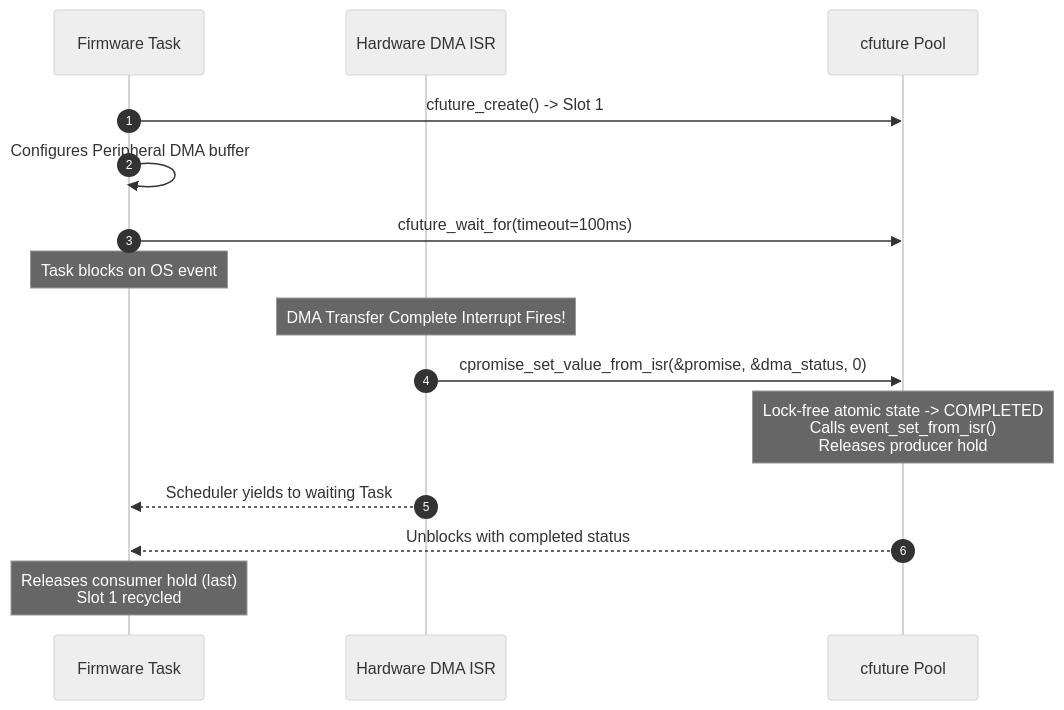
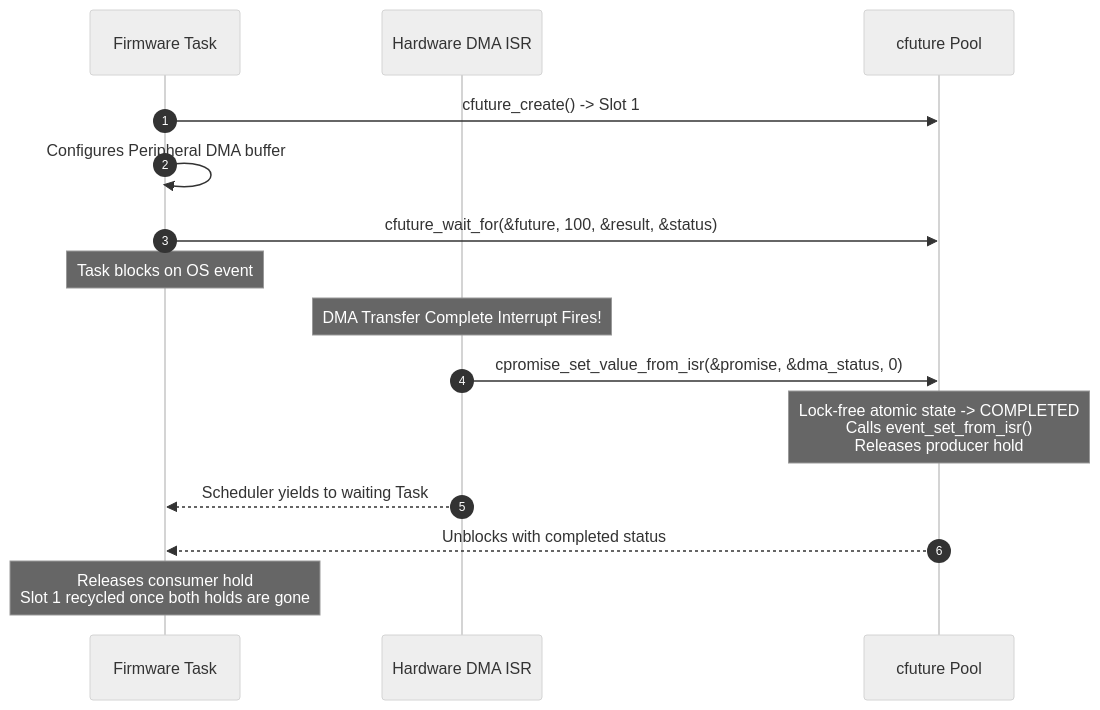
One commit to Mrunmoy/janus changed the sixth of 6 diagrams in README.md. Above: the diagram before and after it, drawn with Mermaid (neutral theme). The commit also changed other lines of this file and 3 other files, not shown here.

Commit message:
docs: address remaining review findings (CLI table, tree, diagrams, walkthrough, plan)

````diff
--- a/README.md
+++ b/README.md
@@ -463,18 +464,18 @@
 ```mermaid
 sequenceDiagram
     autonumber
     participant App as Firmware Task
     participant ISR as Hardware DMA ISR
     participant P as cfuture Pool
 
     App->>P: cfuture_create() -> Slot 1
     App->>App: Configures Peripheral DMA buffer
-    App->>P: cfuture_wait_for(timeout=100ms)
+    App->>P: cfuture_wait_for(&future, 100, &result, &status)
     Note over App: Task blocks on OS event
     Note over ISR: DMA Transfer Complete Interrupt Fires!
     ISR->>P: cpromise_set_value_from_isr(&promise, &dma_status, 0)
     Note over P: Lock-free atomic state -> COMPLETED<br/>Calls event_set_from_isr()<br/>Releases producer hold
     ISR-->>App: Scheduler yields to waiting Task
     P-->>App: Unblocks with completed status
-    Note over App: Releases consumer hold (last)<br/>Slot 1 recycled
+    Note over App: Releases consumer hold<br/>Slot 1 recycled once both holds are gone
 ```
````
